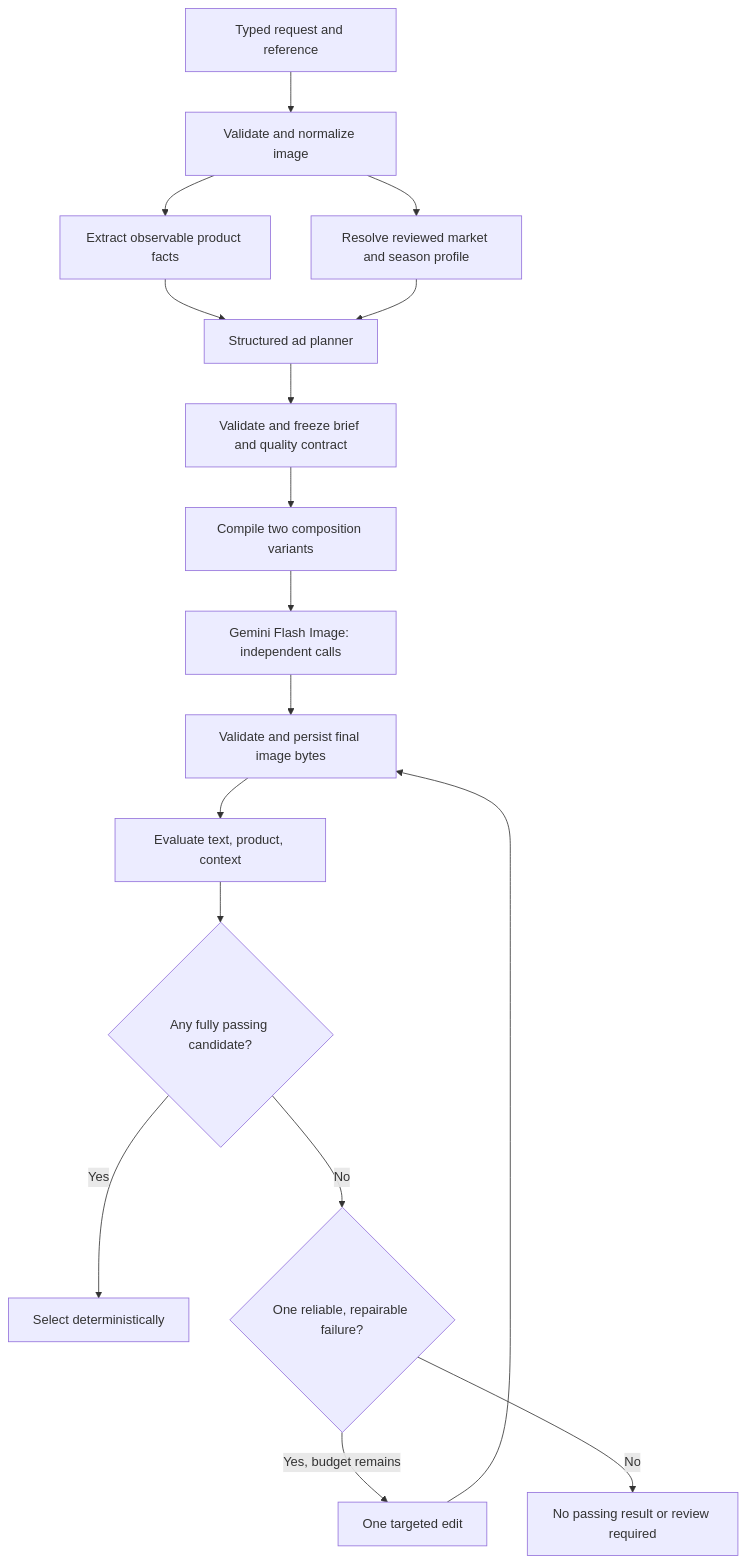
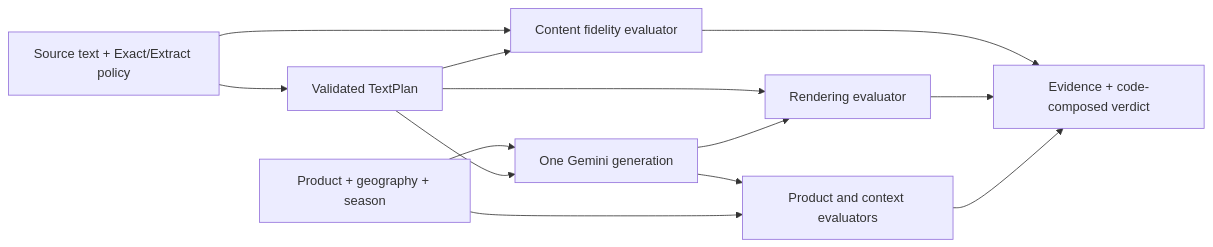
One commit to GarmitPant/ad-image-generator-evaluator changed the diagram in docs/design/README.md. Above: the diagram before and after it, drawn with Mermaid. The commit also changed other lines of this file and 9 other files, not shown here.

Commit message:
Prioritize evaluator design and add Exact/Extract text contracts

````diff
--- a/docs/design/README.md
+++ b/docs/design/README.md
@@ -18,19 +22,15 @@
 ```mermaid
-flowchart TD
-    A[Typed request and reference] --> B[Validate and normalize image]
-    B --> C[Extract observable product facts]
-    B --> D[Resolve reviewed market and season profile]
-    C --> P[Structured ad planner]
-    D --> P
-    P --> E[Validate and freeze brief and quality contract]
-    E --> F[Compile two composition variants]
-    F --> G[Gemini Flash Image: independent calls]
-    G --> H[Validate and persist final image bytes]
-    H --> I[Evaluate text, product, context]
-    I --> J{Any fully passing candidate?}
-    J -->|Yes| K[Select deterministically]
-    J -->|No| L{One reliable, repairable failure?}
-    L -->|Yes, budget remains| M[One targeted edit]
-    M --> H
-    L -->|No| N[No passing result or review required]
+flowchart LR
+    S[Source text + Exact/Extract policy] --> T[Validated TextPlan]
+    R[Product + geography + season] --> G[One Gemini generation]
+    T --> G
+    S --> C[Content fidelity evaluator]
+    T --> C
+    T --> E[Rendering evaluator]
+    G --> E
+    G --> P[Product and context evaluators]
+    R --> P
+    C --> V[Evidence + code-composed verdict]
+    E --> V
+    P --> V
 ```
````
